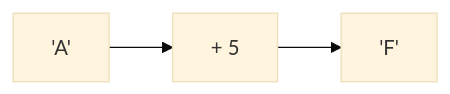
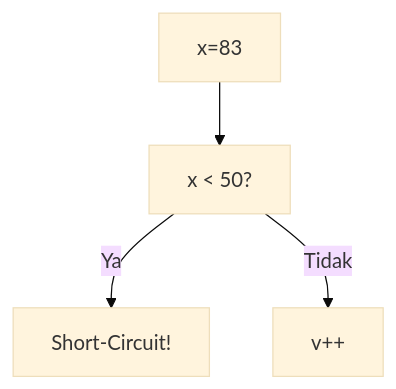
One commit to amnahwaida/OSNK_INF_PREP changed diagram 14 of 25 in part-c-pemahaman-cpp/02-percabangan/latihan/set-11.md. Above: the diagram before and after it, drawn with Mermaid (base theme). The commit also changed other lines of this file and 71 other files, not shown here.

````diff
--- a/part-c-pemahaman-cpp/02-percabangan/latihan/set-11.md
+++ b/part-c-pemahaman-cpp/02-percabangan/latihan/set-11.md
@@ -328,5 +390,6 @@
 ```mermaid
-graph LR
-A["'A'"] --> B["+ 5"]
-B --> C["'F'"]
+graph TD
+A["x=83"] --> B["x < 50?"]
+B -- Ya --> C["Short-Circuit!"]
+B -- Tidak --> D["v++"]
 ```
````
